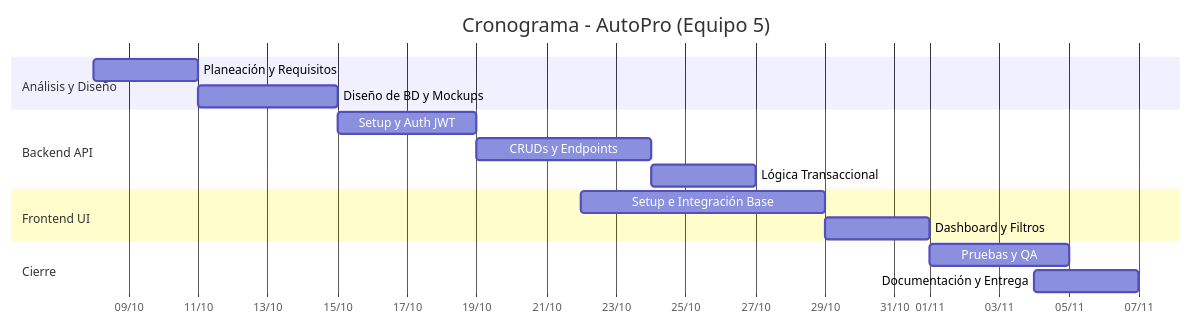
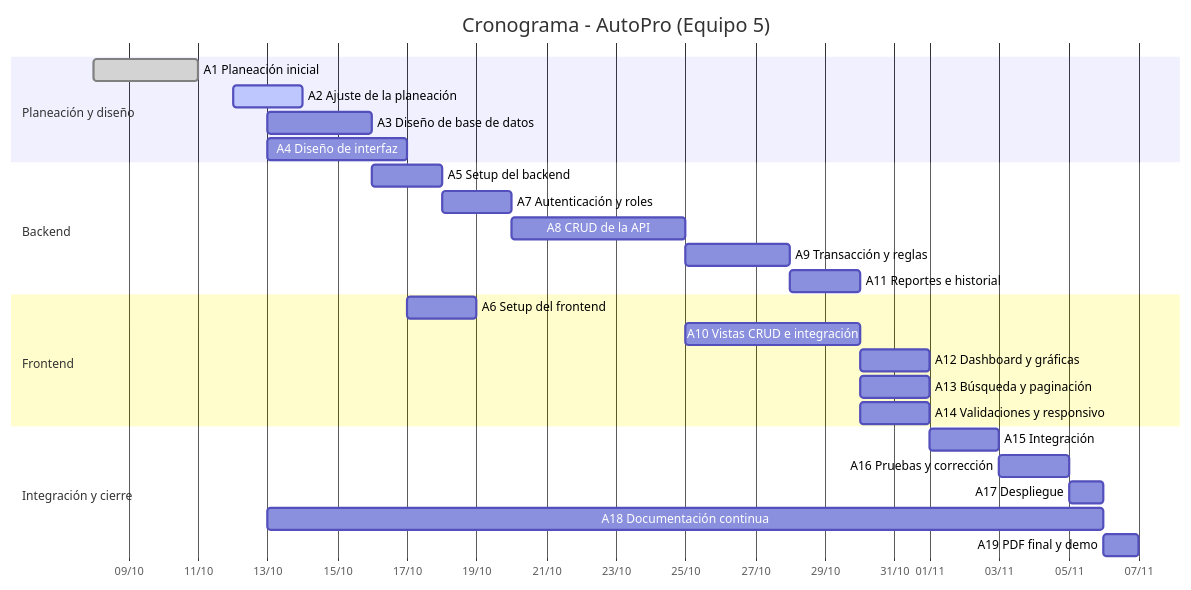
Before and after one commit to excashh/gestion-automotriz-: the diagram in Planeacion_Proyecto_Equipo05.md, drawn with Mermaid. The commit also changed other lines of this file and 3 other files, not shown here.

Commit message:
docs: actualizar planeacion del proyecto a v1.1 y agregar documento PDF

````diff
--- a/Planeacion_Proyecto_Equipo05.md
+++ b/Planeacion_Proyecto_Equipo05.md
@@ -96,23 +170,33 @@
 ```mermaid
 gantt
     title Cronograma - AutoPro (Equipo 5)
     dateFormat  YYYY-MM-DD
     axisFormat  %d/%m
-    
-    section Análisis y Diseño
-    Planeación y Requisitos  :a1, 2026-10-08, 3d
-    Diseño de BD y Mockups   :a2, 2026-10-11, 4d
-    
-    section Backend API
-    Setup y Auth JWT         :b1, 2026-10-15, 4d
-    CRUDs y Endpoints        :b2, 2026-10-19, 5d
-    Lógica Transaccional     :b3, 2026-10-24, 3d
-    
-    section Frontend UI
-    Setup e Integración Base :f1, 2026-10-22, 7d
-    Dashboard y Filtros      :f2, 2026-10-29, 3d
-    
-    section Cierre
-    Pruebas y QA             :c1, 2026-11-01, 4d
-    Documentación y Entrega  :c2, 2026-11-04, 3d
+
+    section Planeación y diseño
+    A1 Planeación inicial          :done, a1, 2026-10-08, 3d
+    A2 Ajuste de la planeación     :active, a2, 2026-10-12, 2d
+    A3 Diseño de base de datos     :a3, 2026-10-13, 3d
+    A4 Diseño de interfaz          :a4, 2026-10-13, 4d
+
+    section Backend
+    A5 Setup del backend           :a5, 2026-10-16, 2d
+    A7 Autenticación y roles       :a7, 2026-10-18, 2d
+    A8 CRUD de la API              :a8, 2026-10-20, 5d
+    A9 Transacción y reglas        :a9, 2026-10-25, 3d
+    A11 Reportes e historial       :a11, 2026-10-28, 2d
+
+    section Frontend
+    A6 Setup del frontend          :a6, 2026-10-17, 2d
+    A10 Vistas CRUD e integración  :a10, 2026-10-25, 5d
+    A12 Dashboard y gráficas       :a12, 2026-10-30, 2d
+    A13 Búsqueda y paginación      :a13, 2026-10-30, 2d
+    A14 Validaciones y responsivo  :a14, 2026-10-30, 2d
+
+    section Integración y cierre
+    A15 Integración                :a15, 2026-11-01, 2d
+    A16 Pruebas y corrección       :a16, 2026-11-03, 2d
+    A17 Despliegue                 :a17, 2026-11-05, 1d
+    A18 Documentación continua     :a18, 2026-10-13, 24d
+    A19 PDF final y demo           :a19, 2026-11-06, 1d
 ```
````
